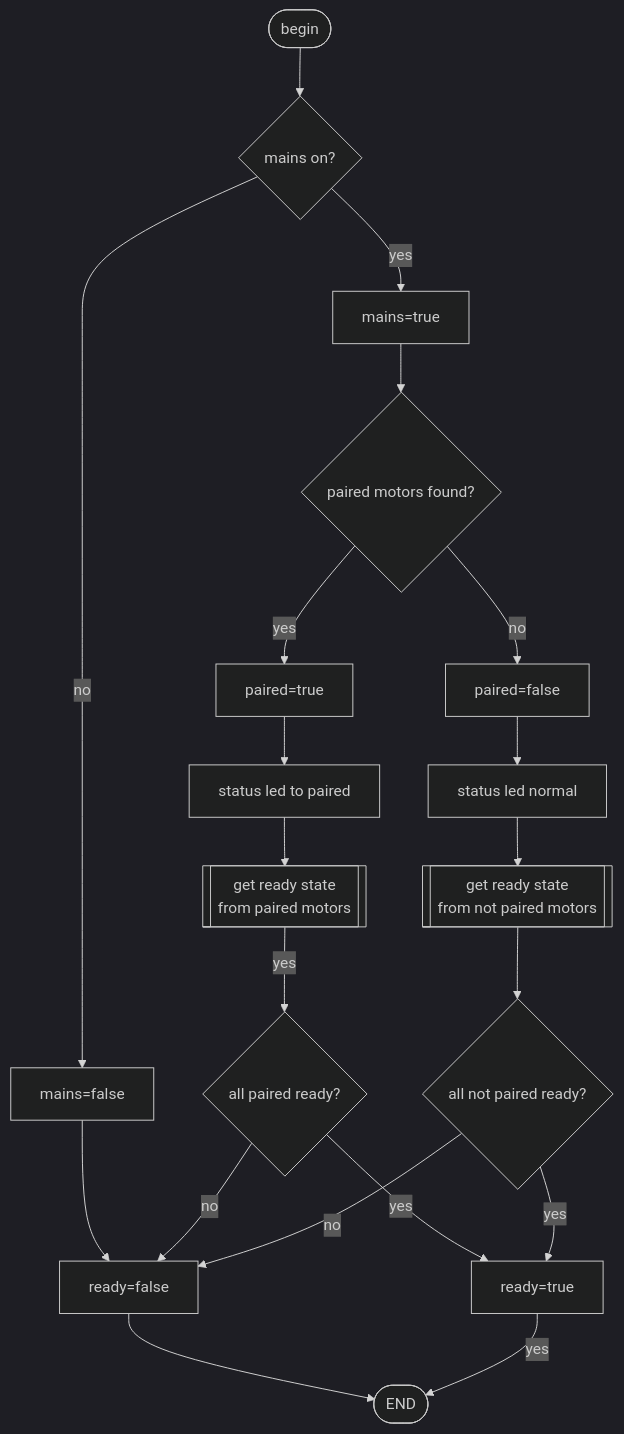
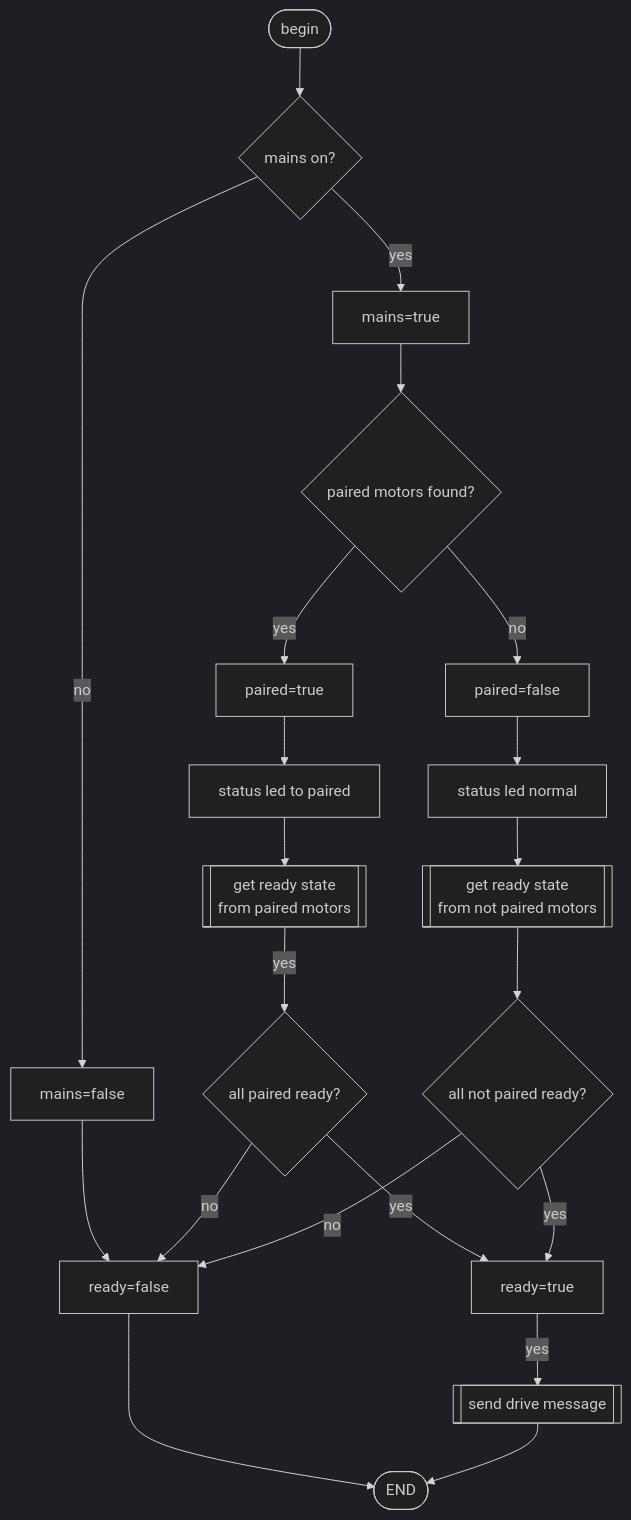
The diagram in Loco_can_controler/README.md (loco-can/loco-can-software), drawn with Mermaid (dark theme) before and after one commit.

````diff
--- a/Loco_can_controler/README.md
+++ b/Loco_can_controler/README.md
@@ -113,22 +113,23 @@
 ```mermaid
 flowchart TD
     BEGIN([begin]) --> MAINS_ON{mains on?}
     MAINS_ON -->|no| MOFF[mains=false]
     MOFF --> ROFF
     MAINS_ON -->|yes| MON[mains=true]
     MON --> ON{paired motors found?}
     ON -->|yes| PON[paired=true]
     ON -->|no| POFF[paired=false]
     PON --> PON_LED[status led to paired]
     PON_LED --> PON_GET[[get ready state\nfrom paired motors]]
     PON_GET -->|yes| PON_READY{all paired ready?}
     PON_READY -->|no| ROFF[ready=false]
     ROFF --> END([END])
     PON_READY -->|yes| RON[ready=true]
-    RON -->|yes| END
+    RON -->|yes| SEND[[send drive message]]
     POFF --> POFF_LED[status led normal]
     POFF_LED --> POFF_GET[[get ready state\nfrom not paired motors]]
     POFF_GET --> POFF_READY{all not paired ready?}
     POFF_READY -->|no| ROFF
     POFF_READY -->|yes| RON
+    SEND --> END([END])
 ```
````
